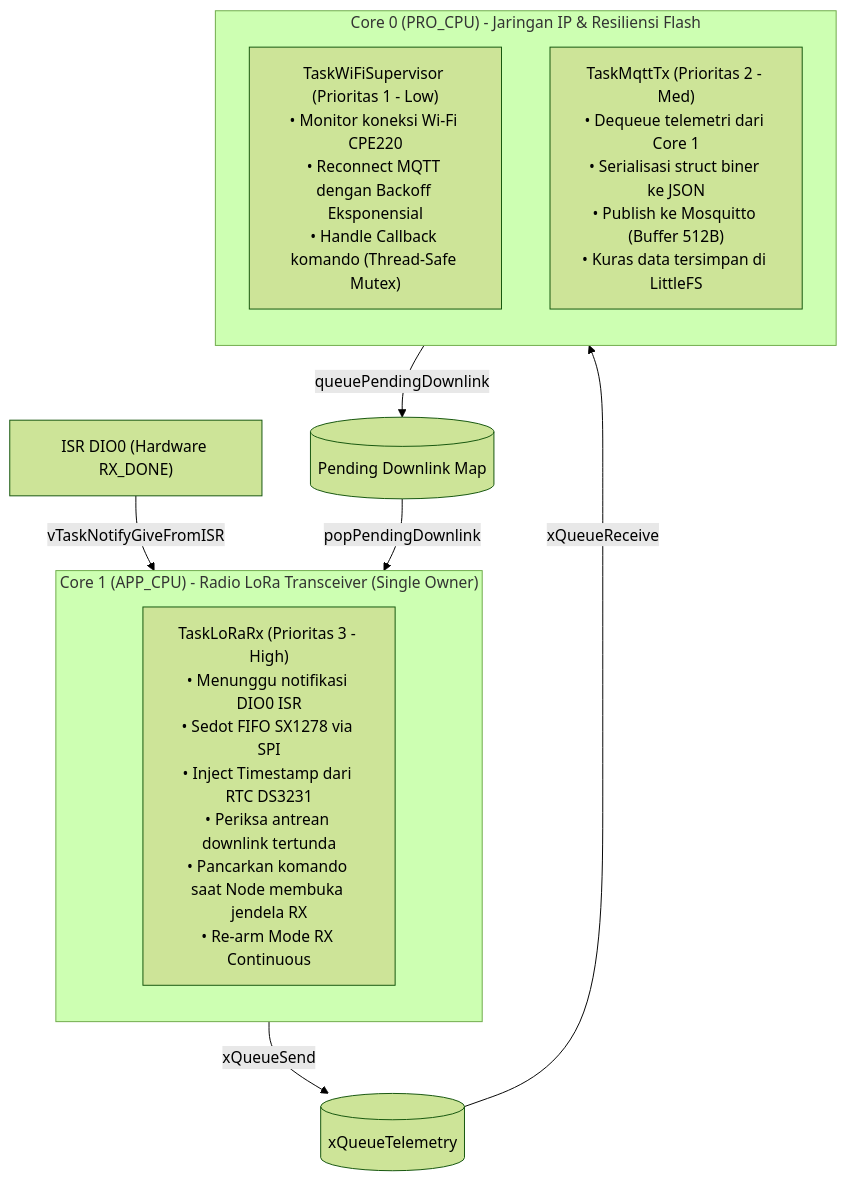
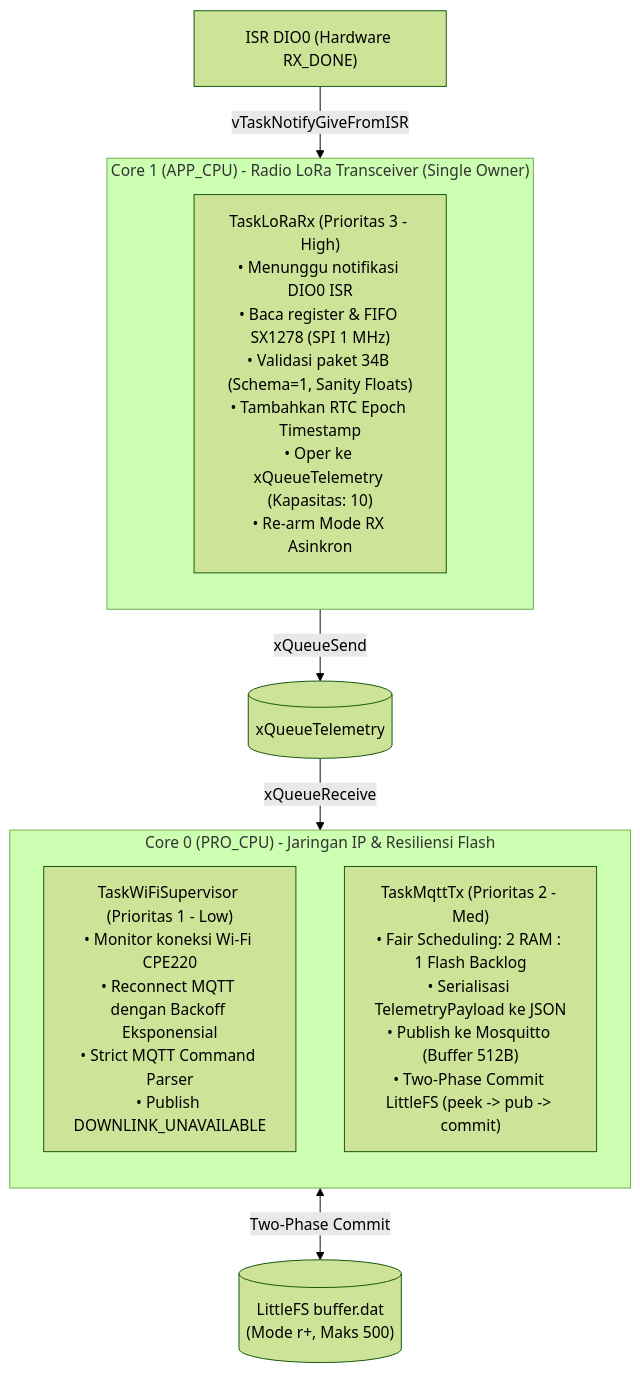
One commit to DHard4114/DESPRO-4 changed the second of 4 diagrams in src/firmware/gateway/docs/README.md. Above: the diagram before and after it, drawn with Mermaid (forest theme). The commit also changed other lines of this file and 8 other files, not shown here.

First line of the commit message:
fix(firmware): complete store-and-forward 2PC, fair scheduling, and sensor diagnostics

````diff
--- a/src/firmware/gateway/docs/README.md
+++ b/src/firmware/gateway/docs/README.md
@@ -64,19 +66,18 @@
 ```mermaid
 flowchart TB
     subgraph Core1["Core 1 (APP_CPU) - Radio LoRa Transceiver (Single Owner)"]
         direction TB
-        T_RX["TaskLoRaRx (Prioritas 3 - High)<br/>• Menunggu notifikasi DIO0 ISR<br/>• Sedot FIFO SX1278 via SPI<br/>• Inject Timestamp dari RTC DS3231<br/>• Periksa antrean downlink tertunda<br/>• Pancarkan komando saat Node membuka jendela RX<br/>• Re-arm Mode RX Continuous"]
+        T_RX["TaskLoRaRx (Prioritas 3 - High)<br/>• Menunggu notifikasi DIO0 ISR<br/>• Baca register & FIFO SX1278 (SPI 1 MHz)<br/>• Validasi paket 34B (Schema=1, Sanity Floats)<br/>• Tambahkan RTC Epoch Timestamp<br/>• Oper ke xQueueTelemetry (Kapasitas: 10)<br/>• Re-arm Mode RX Asinkron"]
     end
 
     subgraph Core0["Core 0 (PRO_CPU) - Jaringan IP & Resiliensi Flash"]
         direction TB
-        T_WIFI["TaskWiFiSupervisor (Prioritas 1 - Low)<br/>• Monitor koneksi Wi-Fi CPE220<br/>• Reconnect MQTT dengan Backoff Eksponensial<br/>• Handle Callback komando (Thread-Safe Mutex)"]
-        T_MQTT["TaskMqttTx (Prioritas 2 - Med)<br/>• Dequeue telemetri dari Core 1<br/>• Serialisasi struct biner ke JSON<br/>• Publish ke Mosquitto (Buffer 512B)<br/>• Kuras data tersimpan di LittleFS"]
+        T_WIFI["TaskWiFiSupervisor (Prioritas 1 - Low)<br/>• Monitor koneksi Wi-Fi CPE220<br/>• Reconnect MQTT dengan Backoff Eksponensial<br/>• Strict MQTT Command Parser<br/>• Publish DOWNLINK_UNAVAILABLE"]
+        T_MQTT["TaskMqttTx (Prioritas 2 - Med)<br/>• Fair Scheduling: 2 RAM : 1 Flash Backlog<br/>• Serialisasi TelemetryPayload ke JSON<br/>• Publish ke Mosquitto (Buffer 512B)<br/>• Two-Phase Commit LittleFS (peek -> pub -> commit)"]
     end
 
     ISR_DIO0["ISR DIO0 (Hardware RX_DONE)"] -->|vTaskNotifyGiveFromISR| T_RX
     T_RX -->|xQueueSend| Q_TEL[(xQueueTelemetry)]
     Q_TEL -->|xQueueReceive| T_MQTT
-    T_WIFI -->|queuePendingDownlink| MAP_DOWN[("Pending Downlink Map")]
-    MAP_DOWN -->|popPendingDownlink| T_RX
+    T_MQTT <-->|Two-Phase Commit| LFS[("LittleFS buffer.dat<br/>(Mode r+, Maks 500)")]
 ```
````
